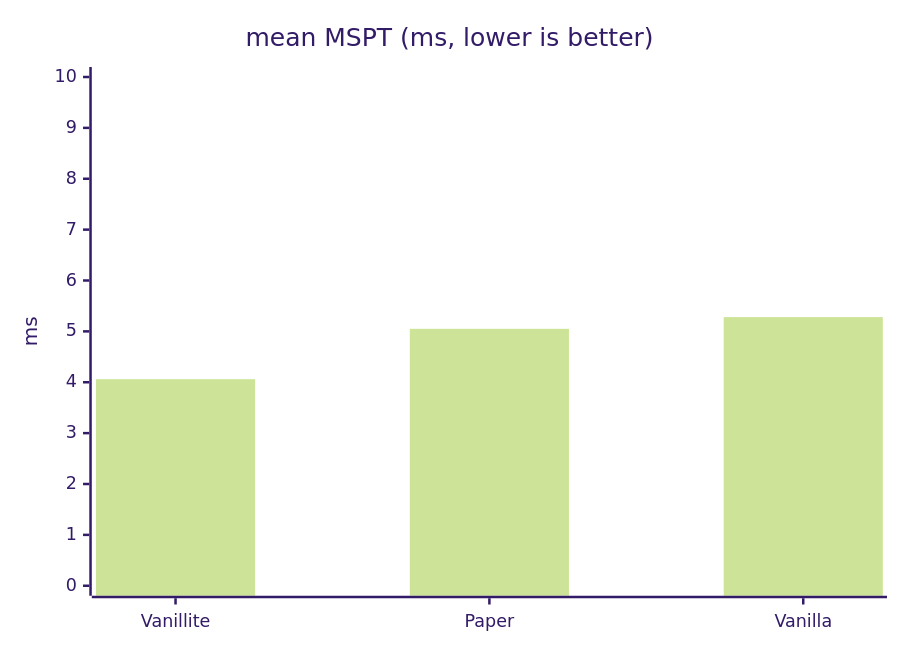
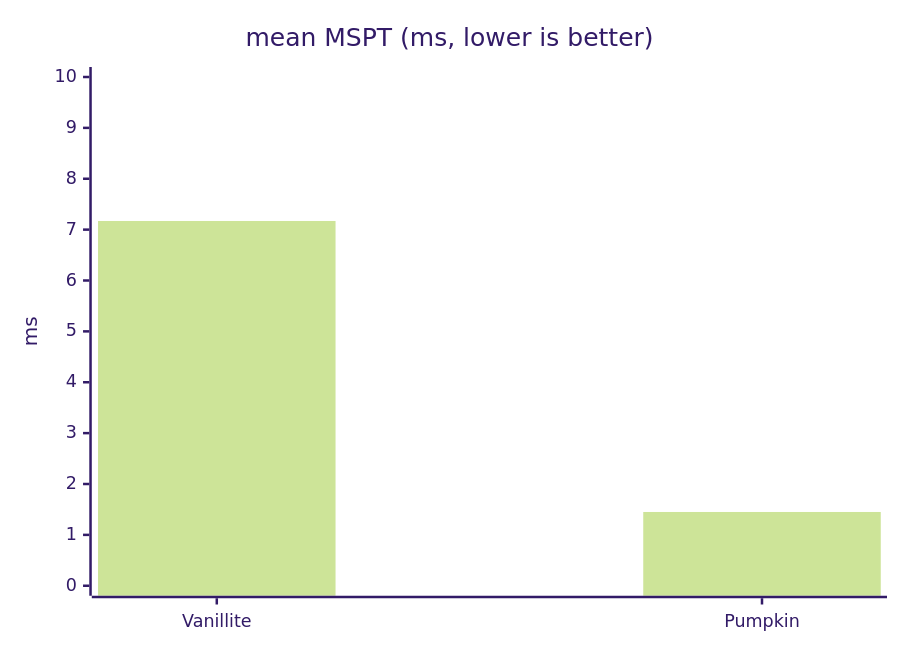
Before and after one commit to hthoene/Vanillite: the seventh of 15 diagrams in benchmarks/README.md, drawn with Mermaid (forest theme). The commit also changed other lines of this file and 6 other files, not shown here.

````diff
--- a/benchmarks/README.md
+++ b/benchmarks/README.md
@@ -221,7 +238,7 @@
 ```mermaid
 xychart-beta
     title "mean MSPT (ms, lower is better)"
-    x-axis ["Vanillite", "Paper", "Vanilla"]
+    x-axis ["Vanillite", "Pumpkin"]
     y-axis "ms" 0 --> 10
-    bar [4.06, 5.05, 5.28]
+    bar [7.17, 1.45]
 ```
````
